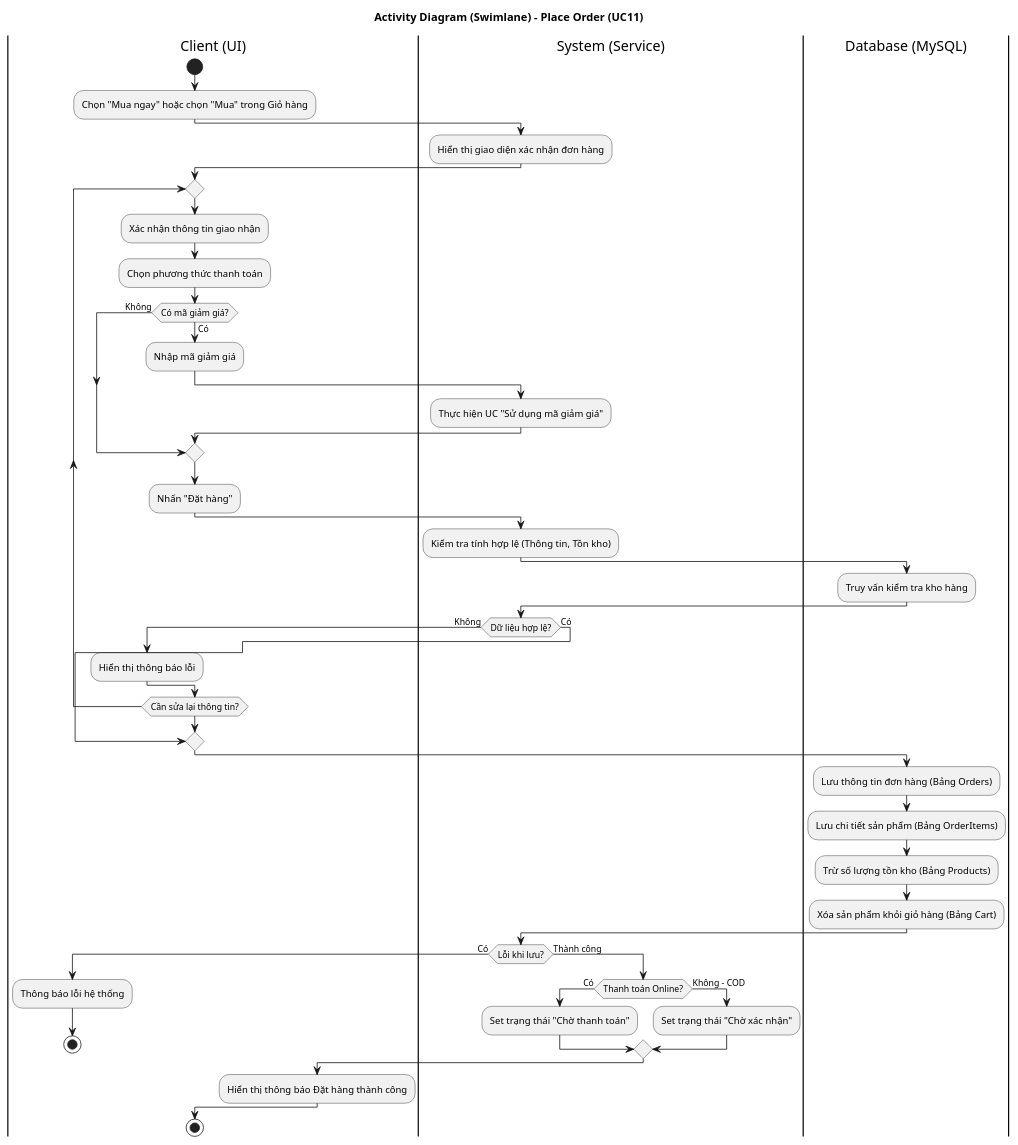
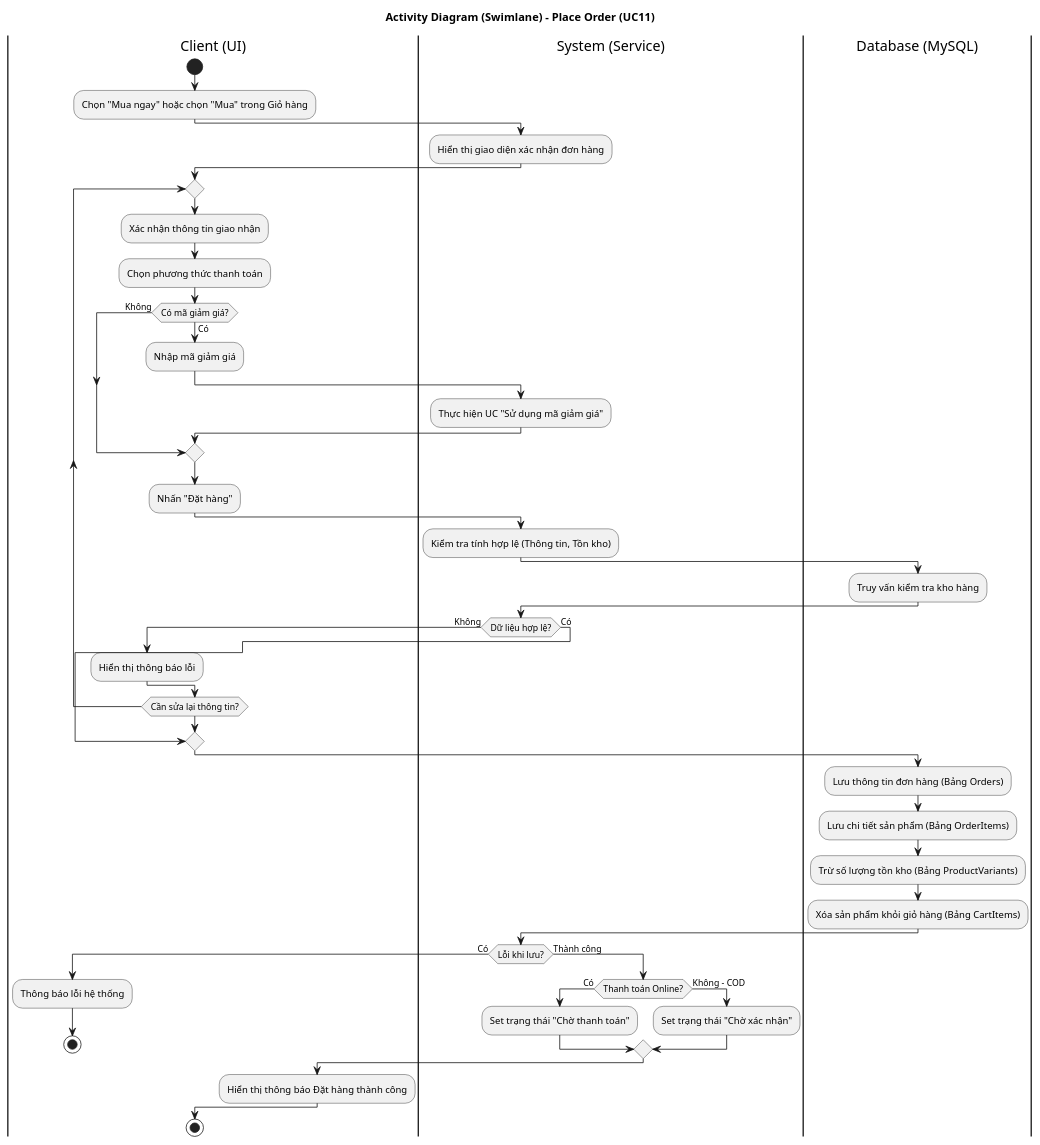
One commit to Peterdir/fashion-store-system changed the diagram in src/main/java/org/example/fashionstoresystem/uml/Activity/AD11_PlaceOrder.puml. Above: the diagram before and after it, drawn with PlantUML. The commit also changed 10 other files, not shown here.

```diff
--- a/src/main/java/org/example/fashionstoresystem/uml/Activity/AD11_PlaceOrder.puml
+++ b/src/main/java/org/example/fashionstoresystem/uml/Activity/AD11_PlaceOrder.puml
@@ -1,63 +1,63 @@
 @startuml
 title Activity Diagram (Swimlane) - Place Order (UC11)
 
 |Client (UI)|
 start
 :Chọn "Mua ngay" hoặc chọn "Mua" trong Giỏ hàng;
 
 |System (Service)|
 :Hiển thị giao diện xác nhận đơn hàng;
 
 |Client (UI)|
 repeat
     :Xác nhận thông tin giao nhận;
     :Chọn phương thức thanh toán;
     if (Có mã giảm giá?) then (Có)
             :Nhập mã giảm giá;
             |System (Service)|
             :Thực hiện UC "Sử dụng mã giảm giá";
     else (Không)
     endif
 
     |Client (UI)|
     :Nhấn "Đặt hàng";
 
     |System (Service)|
     :Kiểm tra tính hợp lệ (Thông tin, Tồn kho);
 
     |Database (MySQL)|
     :Truy vấn kiểm tra kho hàng;
 
     |System (Service)|
     if (Dữ liệu hợp lệ?) then (Không)
         |Client (UI)|
         :Hiển thị thông báo lỗi;
     else (Có)
         break
     endif
 repeat while (Cần sửa lại thông tin?)
 
 |Database (MySQL)|
 :Lưu thông tin đơn hàng (Bảng Orders);
 :Lưu chi tiết sản phẩm (Bảng OrderItems);
-:Trừ số lượng tồn kho (Bảng Products);
-:Xóa sản phẩm khỏi giỏ hàng (Bảng Cart);
+:Trừ số lượng tồn kho (Bảng ProductVariants);
+:Xóa sản phẩm khỏi giỏ hàng (Bảng CartItems);
 
 |System (Service)|
 if (Lỗi khi lưu?) then (Có)
     |Client (UI)|
     :Thông báo lỗi hệ thống;
     stop
 else (Thành công)
     |System (Service)|
     if (Thanh toán Online?) then (Có)
         :Set trạng thái "Chờ thanh toán";
     else (Không - COD)
         :Set trạng thái "Chờ xác nhận";
     endif
     |Client (UI)|
     :Hiển thị thông báo Đặt hàng thành công;
 endif
 
 stop
 @enduml
```
